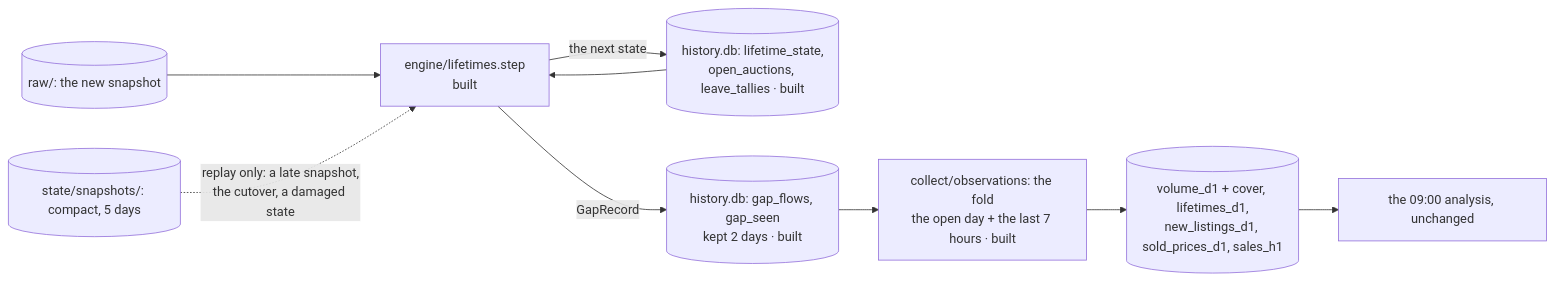
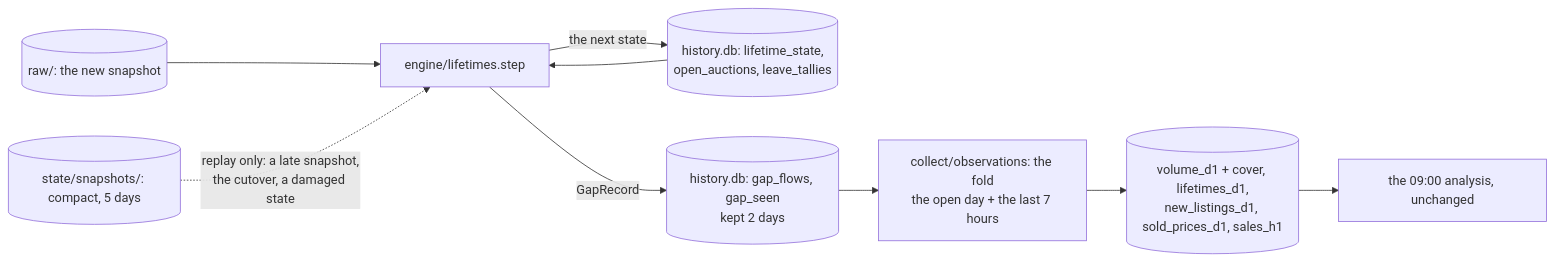
One commit to ctng1213/WowAuction changed the fourth of 10 diagrams in docs/ARCHITECTURE.md. Above: the diagram before and after it, drawn with Mermaid. The commit also changed other lines of this file and 11 other files, not shown here.

````diff
--- a/docs/ARCHITECTURE.md
+++ b/docs/ARCHITECTURE.md
@@ -143,11 +143,11 @@
 ```mermaid
 flowchart LR
-  New[(raw/: the new snapshot)] --> Step[engine/lifetimes.step<br/>built]
-  State[(history.db: lifetime_state,<br/>open_auctions, leave_tallies · built)] --> Step
+  New[(raw/: the new snapshot)] --> Step[engine/lifetimes.step]
+  State[(history.db: lifetime_state,<br/>open_auctions, leave_tallies)] --> Step
   Step -->|the next state| State
-  Step -->|GapRecord| Ledger[(history.db: gap_flows, gap_seen<br/>kept 2 days · built)]
-  Ledger --> Fold[collect/observations: the fold<br/>the open day + the last 7 hours · built]
+  Step -->|GapRecord| Ledger[(history.db: gap_flows, gap_seen<br/>kept 2 days)]
+  Ledger --> Fold[collect/observations: the fold<br/>the open day + the last 7 hours]
   Fold --> Rows[(volume_d1 + cover, lifetimes_d1,<br/>new_listings_d1, sold_prices_d1, sales_h1)]
   Rows --> Analysis[the 09:00 analysis, unchanged]
   Compact[(state/snapshots/: compact, 5 days)] -.replay only: a late snapshot,<br/>the cutover, a damaged state.-> Step
 ```
````
